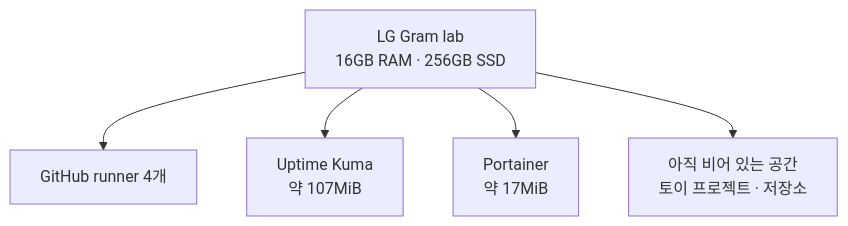
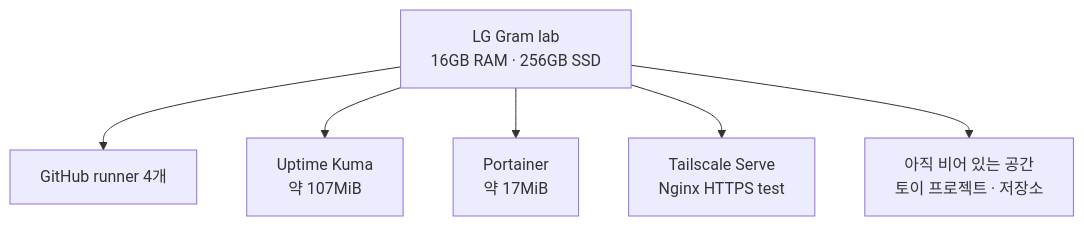
Before and after one commit to kitae0522/kitae0522.github.io: the first of 7 diagrams in src/content/posts/2026-08-31-005.md, drawn with Mermaid. The commit also changed other lines of this file and 3 other files, not shown here.

Commit message:
blog: document Tailscale Serve and CI images

````diff
--- a/src/content/posts/2026-08-31-005.md
+++ b/src/content/posts/2026-08-31-005.md
@@ -26,7 +26,8 @@
 ```mermaid
 flowchart TB
   Lab["LG Gram lab\n16GB RAM · 256GB SSD"] --> Runner["GitHub runner 4개"]
   Lab --> Kuma["Uptime Kuma\n약 107MiB"]
   Lab --> Portainer["Portainer\n약 17MiB"]
+  Lab --> Serve["Tailscale Serve\nNginx HTTPS test"]
   Lab --> Future["아직 비어 있는 공간\n토이 프로젝트 · 저장소"]
 ```
````
